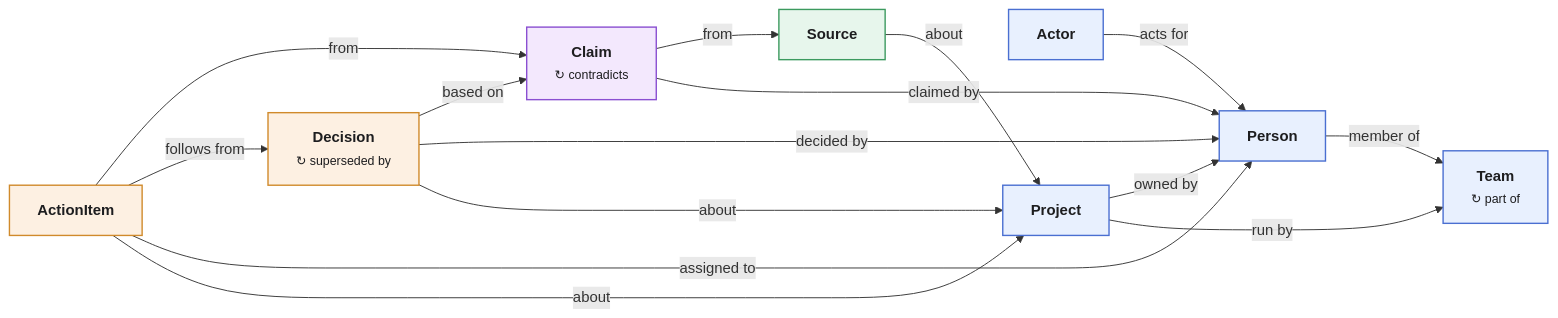
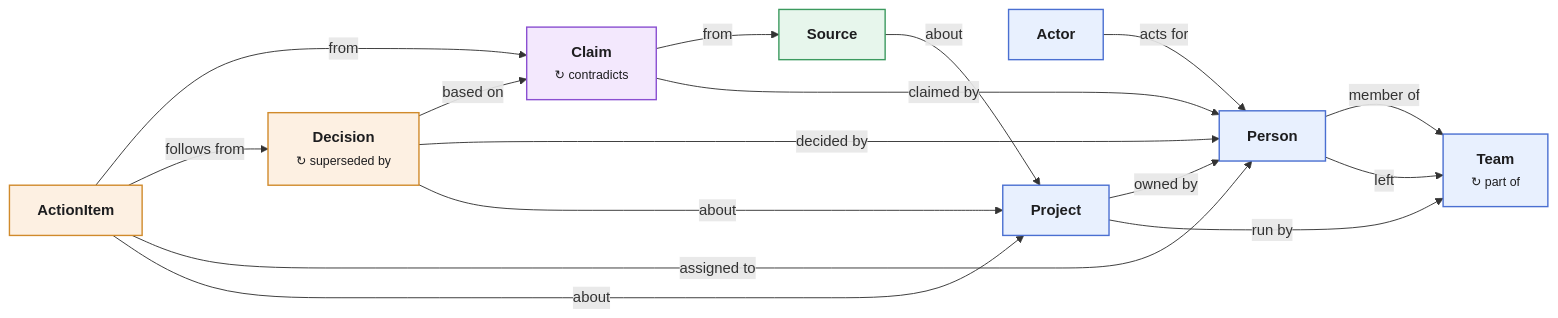
Before and after one commit to ModernRelay/omnigraph-cookbooks: the diagram in company-brain/README.md, drawn with Mermaid. The commit also changed other lines of this file and 11 other files, not shown here.

````diff
--- a/company-brain/README.md
+++ b/company-brain/README.md
@@ -45,34 +45,35 @@
 ```mermaid
 ---
 config:
   flowchart:
     wrappingWidth: 320
 ---
 flowchart LR
   classDef L0 fill:#e8f0fe,stroke:#4a6fd1,color:#1d1d1f,stroke-width:1.5px
   Person["<b>Person</b>"]:::L0
   Actor["<b>Actor</b>"]:::L0
   Team["<b>Team</b><br/><small>↻ part of</small>"]:::L0
   Project["<b>Project</b>"]:::L0
   classDef L1 fill:#e7f6ec,stroke:#3c9a5f,color:#1d1d1f,stroke-width:1.5px
   Source["<b>Source</b>"]:::L1
   classDef L2 fill:#f3e8fd,stroke:#8a4fd1,color:#1d1d1f,stroke-width:1.5px
   Claim["<b>Claim</b><br/><small>↻ contradicts</small>"]:::L2
   classDef L3 fill:#fdf0e2,stroke:#d08a2b,color:#1d1d1f,stroke-width:1.5px
   Decision["<b>Decision</b><br/><small>↻ superseded by</small>"]:::L3
   ActionItem["<b>ActionItem</b>"]:::L3
   Person -->|"member of"| Team
+  Person -->|"left"| Team
   Actor -->|"acts for"| Person
   Project -->|"owned by"| Person
   Project -->|"run by"| Team
   Source -->|"about"| Project
   Claim -->|"from"| Source
   Claim -->|"claimed by"| Person
   Decision -->|"based on"| Claim
   Decision -->|"decided by"| Person
   Decision -->|"about"| Project
   ActionItem -->|"from"| Claim
   ActionItem -->|"follows from"| Decision
   ActionItem -->|"assigned to"| Person
   ActionItem -->|"about"| Project
 ```
````
